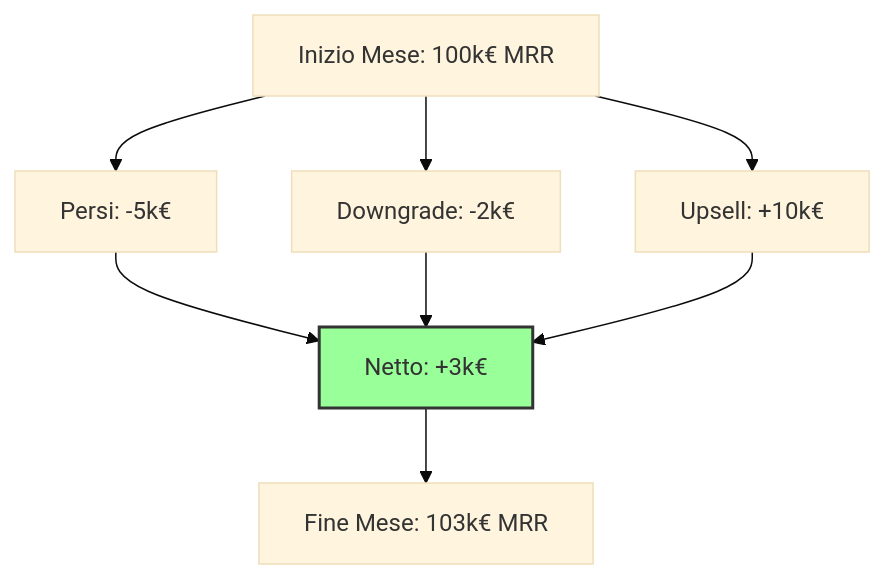
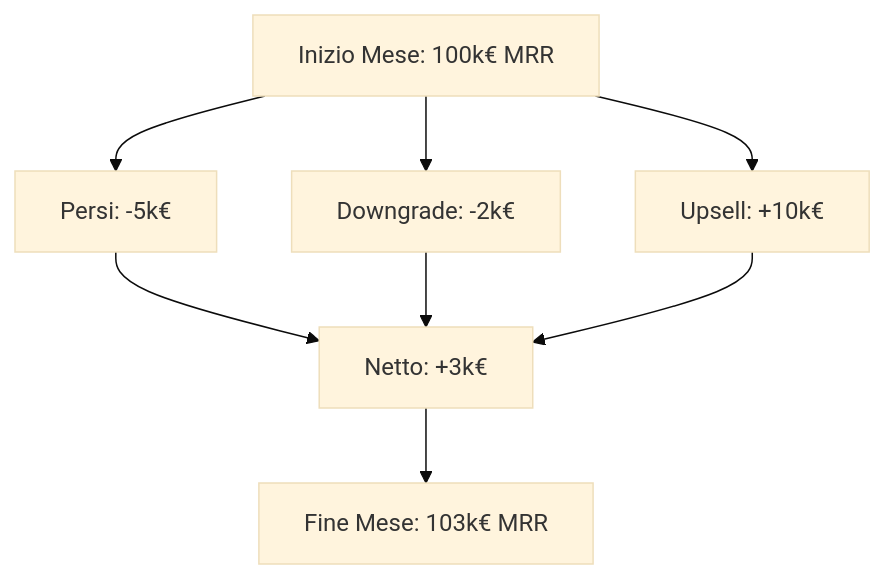
Before and after one commit to AndreyBertasini/gynnitech: the second of 2 diagrams in src/content/corso/marketing-data-science/retention.mdx, drawn with Mermaid (base theme). The commit also changed other lines of this file and 110 other files, not shown here.

First line of the commit message:
chore(content): optimize mermaid diagrams for mobile and dark theme

````diff
--- a/src/content/corso/marketing-data-science/retention.mdx
+++ b/src/content/corso/marketing-data-science/retention.mdx
@@ -97,11 +97,10 @@
 ```mermaid
-graph TD
+flowchart TD
     Start[Inizio Mese: 100k€ MRR] --> Churn[Persi: -5k€]
     Start --> Downgrade[Downgrade: -2k€]
     Start --> Expansion[Upsell: +10k€]
     Churn --> Net[Netto: +3k€]
     Downgrade --> Net
     Expansion --> Net
     Net --> End[Fine Mese: 103k€ MRR]
-    style Net fill:#9f9,stroke:#333,stroke-width:2px
 ```
````
